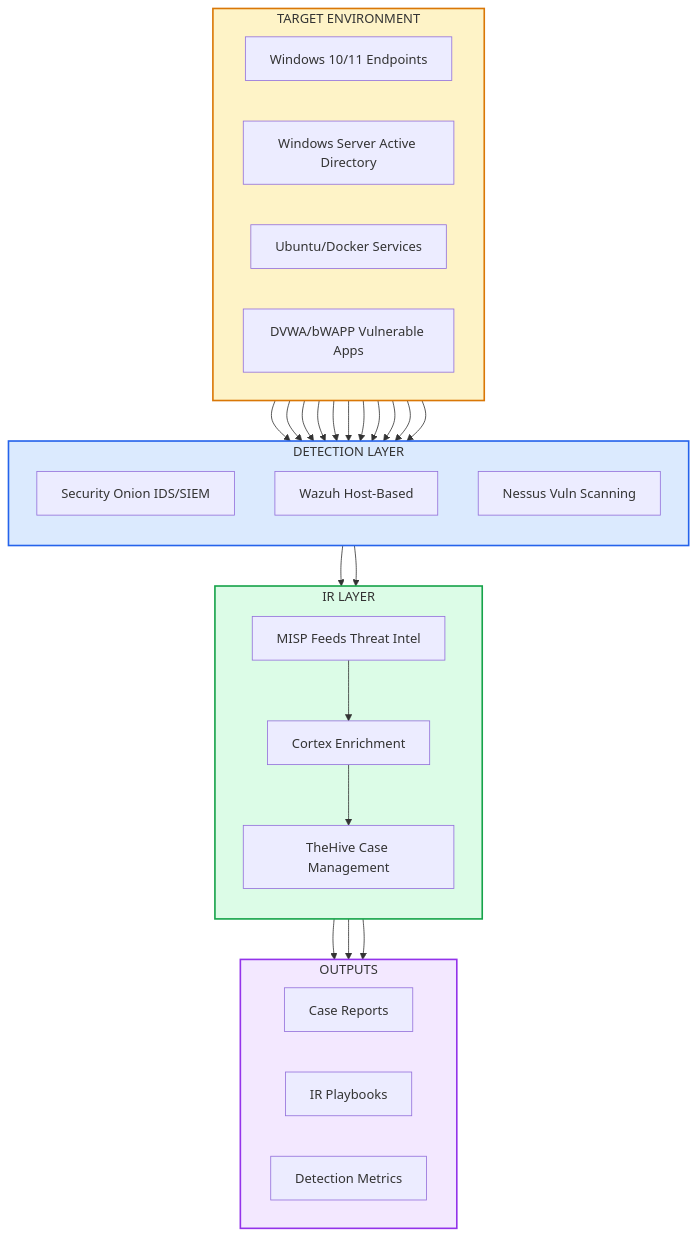
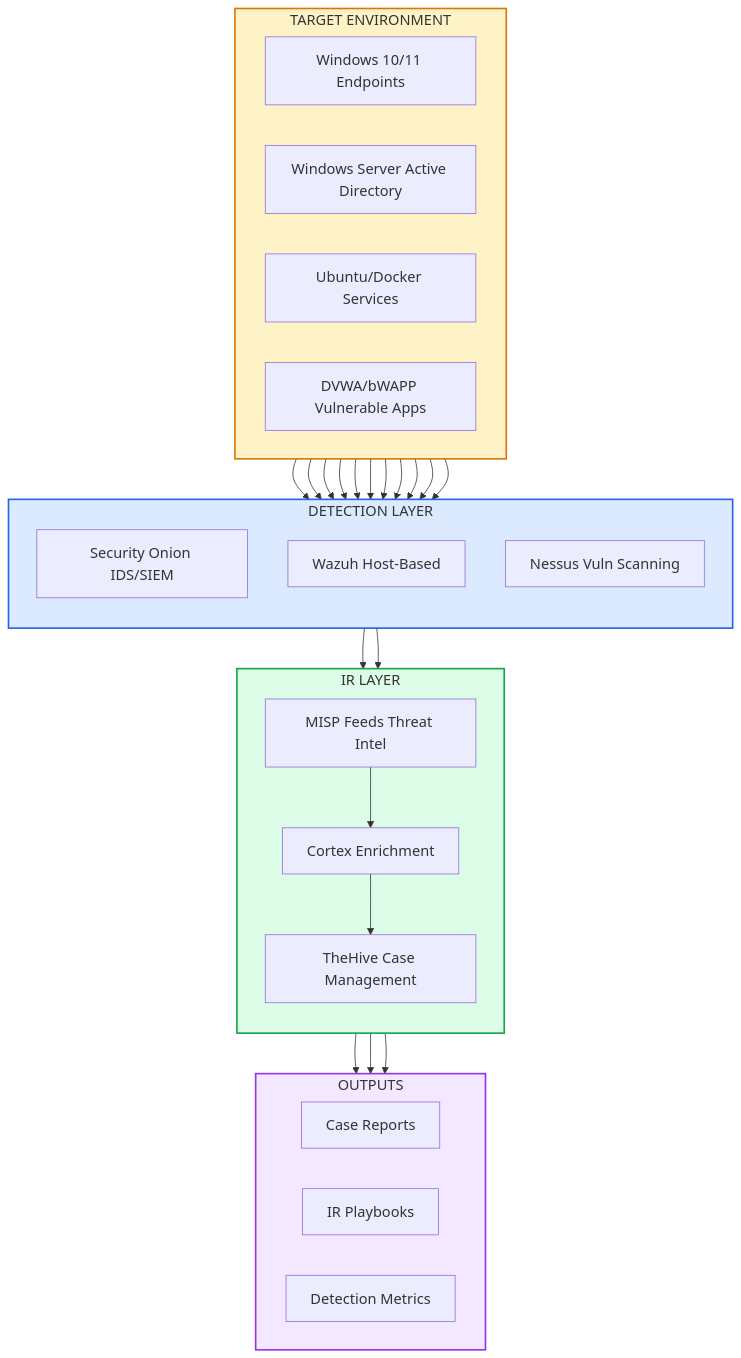
The diagram in docs/cybersecurity/incident-response.md (Pharns/portfolio), drawn with Mermaid before and after one commit.

Commit message:
Increase font size on Detection & IR Lab architecture diagram
Added Mermaid init config with fontSize: 18px for better readability.
The diagram was too small to read on the live site.

````diff
--- a/docs/cybersecurity/incident-response.md
+++ b/docs/cybersecurity/incident-response.md
@@ -46,55 +46,56 @@
 ```mermaid
+%%{init: {"themeVariables": {"fontSize": "18px"}}}%%
 flowchart TB
     subgraph TARGETS["TARGET ENVIRONMENT"]
         direction LR
         WIN["Windows 10/11 Endpoints"]
         AD["Windows Server Active Directory"]
         LNX["Ubuntu/Docker Services"]
         WEB["DVWA/bWAPP Vulnerable Apps"]
     end
 
     subgraph DETECTION["DETECTION LAYER"]
         direction TB
         SO["Security Onion IDS/SIEM"]
         WAZ["Wazuh Host-Based"]
         NES["Nessus Vuln Scanning"]
     end
 
     subgraph IR["IR LAYER"]
         direction TB
         HIVE["TheHive Case Management"]
         CTX["Cortex Enrichment"]
         MISP["MISP Feeds Threat Intel"]
     end
 
     subgraph OUTPUT["OUTPUTS"]
         direction LR
         CASE["Case Reports"]
         PLAY["IR Playbooks"]
         METRICS["Detection Metrics"]
     end
 
     WIN --> SO
     AD --> SO
     LNX --> SO
     WEB --> SO
     WIN --> WAZ
     AD --> WAZ
     LNX --> WAZ
     WIN --> NES
     AD --> NES
     LNX --> NES
     WEB --> NES
     SO --> HIVE
     WAZ --> HIVE
     CTX --> HIVE
     MISP --> CTX
     HIVE --> CASE
     HIVE --> PLAY
     HIVE --> METRICS
 
     style TARGETS fill:#fef3c7,stroke:#d97706,stroke-width:2px
     style DETECTION fill:#dbeafe,stroke:#2563eb,stroke-width:2px
     style IR fill:#dcfce7,stroke:#16a34a,stroke-width:2px
     style OUTPUT fill:#f3e8ff,stroke:#9333ea,stroke-width:2px
 ```
````
